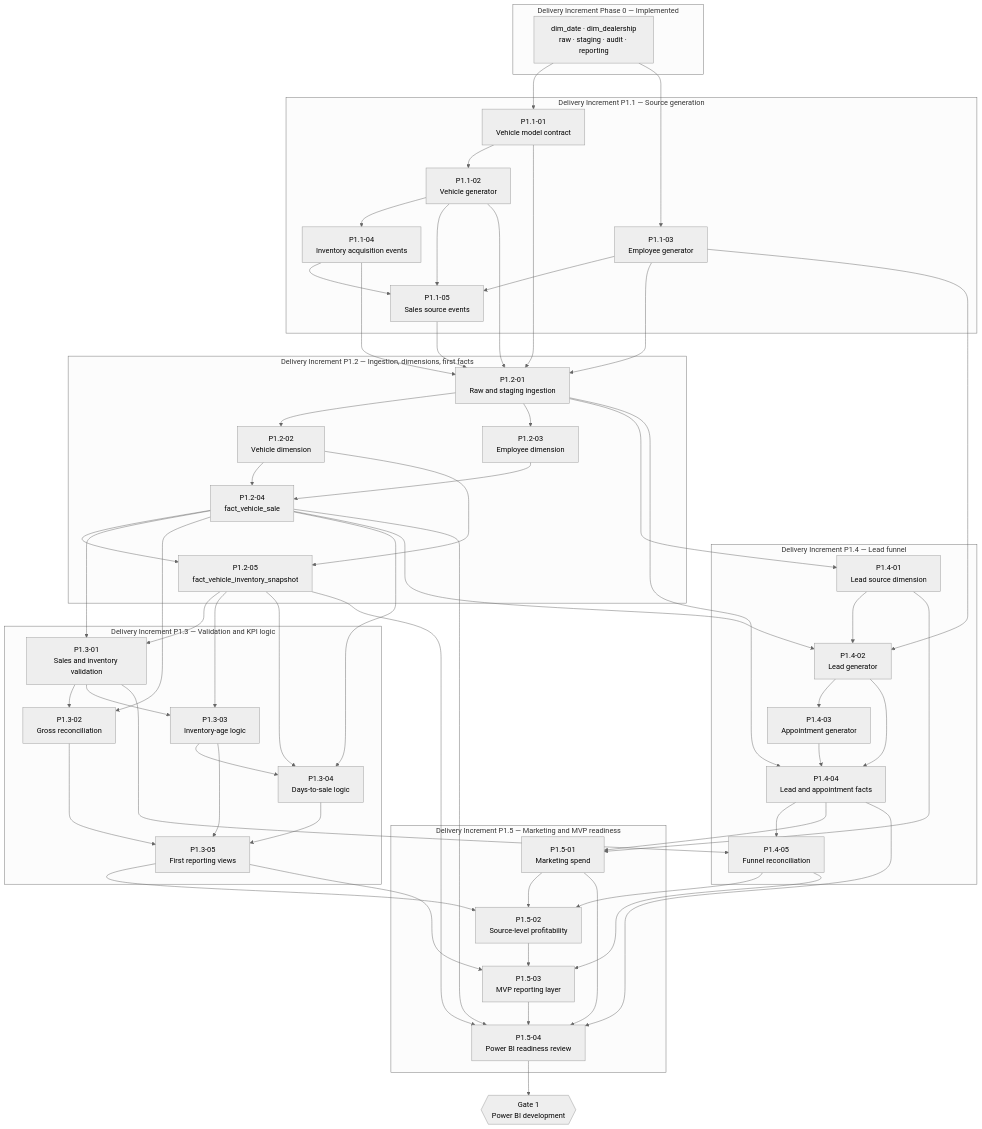
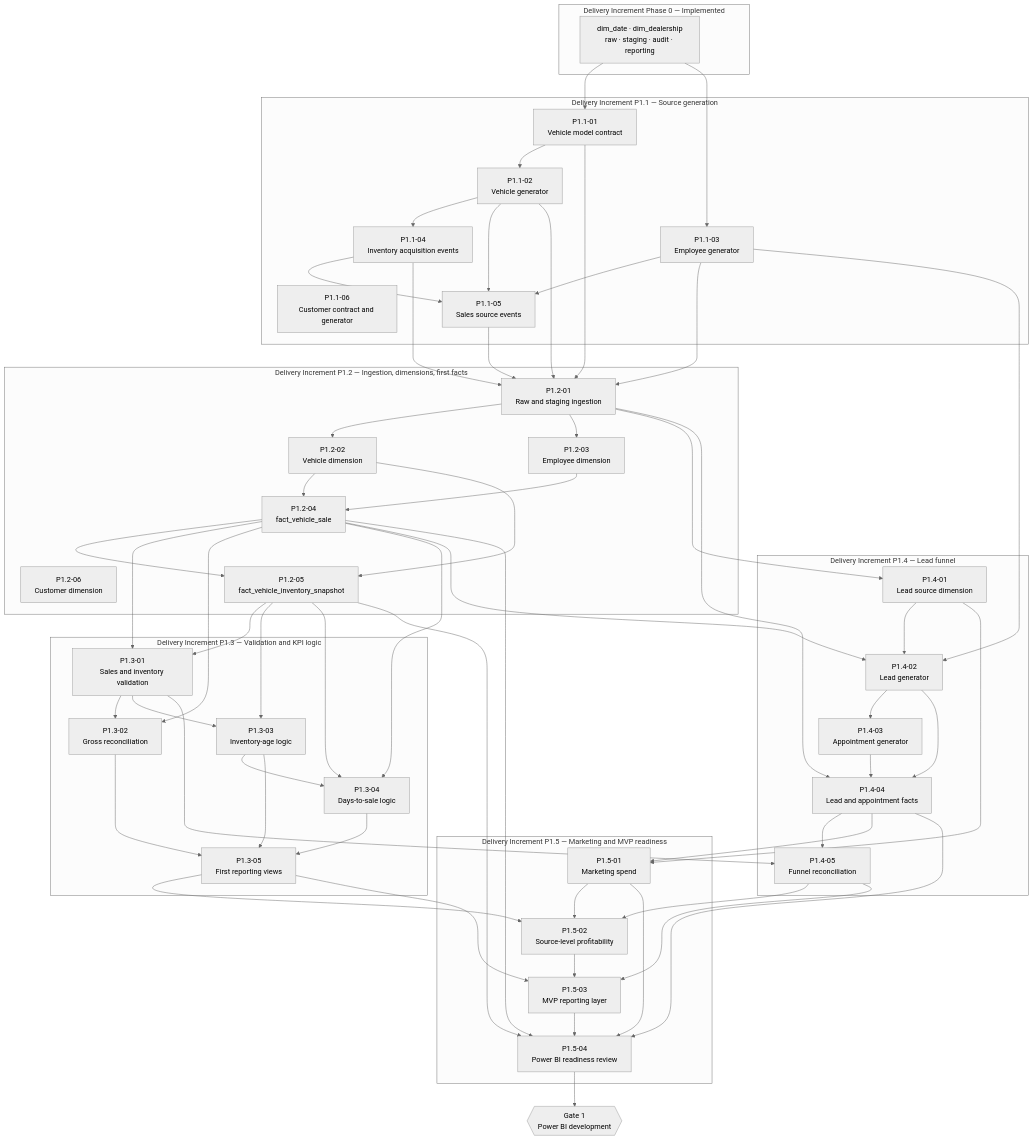
One commit to mpalmer79/Automotive-Retail-Performance-Intelligence changed the diagram in docs/requirements/PHASE_1_BACKLOG.md. Above: the diagram before and after it, drawn with Mermaid (neutral theme). The commit also changed other lines of this file and 1 other file, not shown here.

```diff
--- a/docs/requirements/PHASE_1_BACKLOG.md
+++ b/docs/requirements/PHASE_1_BACKLOG.md
@@ -923,6 +962,7 @@
         A2["P1.1-02<br/>Vehicle generator"]
         A3["P1.1-03<br/>Employee generator"]
         A4["P1.1-04<br/>Inventory acquisition events"]
+        A6["P1.1-06<br/>Customer contract and generator"]
         A5["P1.1-05<br/>Sales source events"]
     end
 
@@ -930,6 +970,7 @@
         B1["P1.2-01<br/>Raw and staging ingestion"]
         B2["P1.2-02<br/>Vehicle dimension"]
         B3["P1.2-03<br/>Employee dimension"]
+        B6["P1.2-06<br/>Customer dimension"]
         B4["P1.2-04<br/>fact_vehicle_sale"]
         B5["P1.2-05<br/>fact_vehicle_inventory_snapshot"]
     end
```
